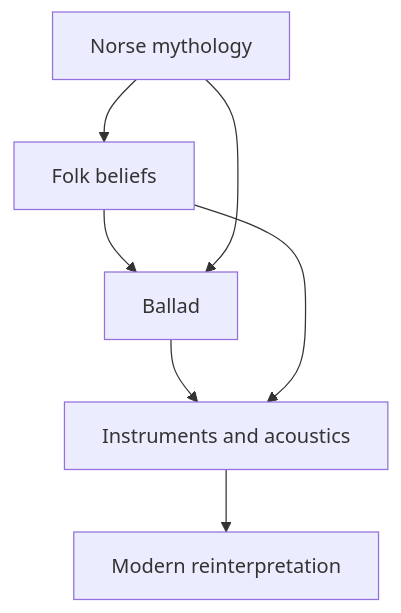
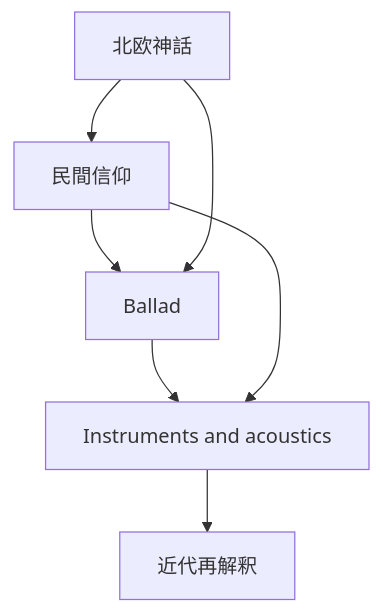
The first of 2 diagrams in en/_posts/2026-01-31-column-nordic-folk.md (monumental-movement/monumental-movement.github.io), drawn with Mermaid before and after one commit. The commit also changed other lines of this file and 2196 other files, not shown here.

```diff
--- a/en/_posts/2026-01-31-column-nordic-folk.md
+++ b/en/_posts/2026-01-31-column-nordic-folk.md
@@ -128,9 +127,9 @@
 <div class="mermaid">
 graph TD
-A["Norse mythology"] --> B["Folk beliefs"]
+A["北欧神話"] --> B["民間信仰"]
 B --> C["Ballad"]
 C --> D["Instruments and acoustics"]
-D --> E["Modern reinterpretation"]
+D --> E["近代再解釈"]
 A --> C
 B --> D
 </div>
```
